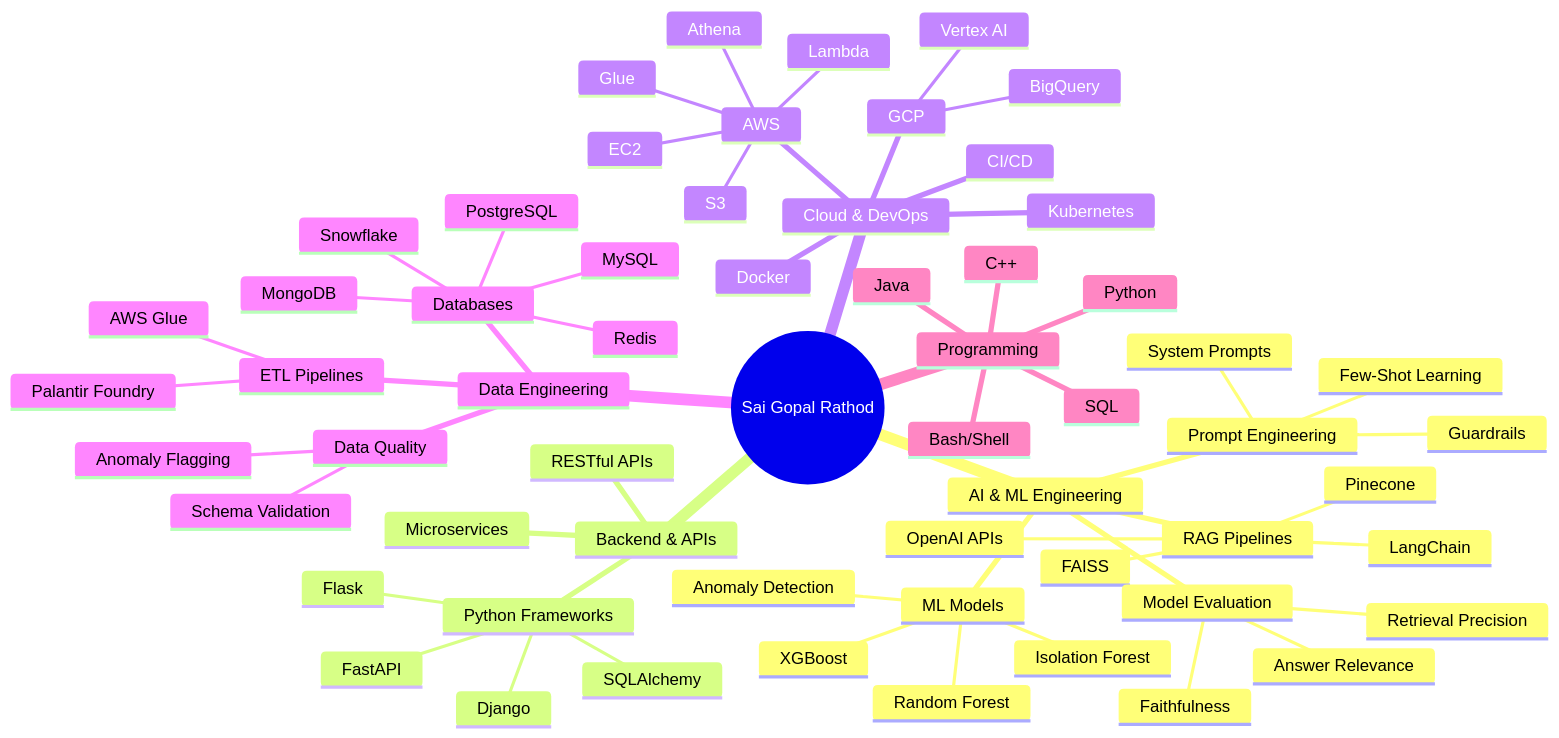
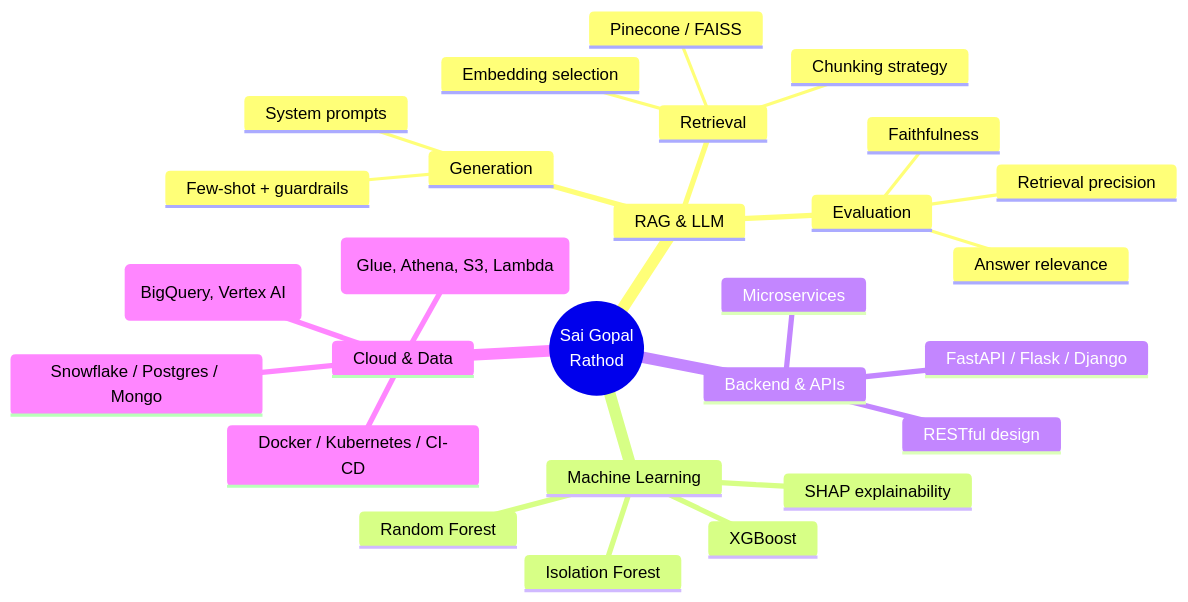
The first of 2 diagrams in README.md (saigopal-rathod/saigopal-rathod), drawn with Mermaid before and after one commit. The commit also changed other lines of this file and 1 other file, not shown here.

````diff
--- a/README.md
+++ b/README.md
@@ -197,63 +262,30 @@
 ```mermaid
 mindmap
-  root((Sai Gopal Rathod))
-    AI & ML Engineering
-      RAG Pipelines
-        OpenAI APIs
-        LangChain
-        Pinecone
-        FAISS
-      Prompt Engineering
-        System Prompts
-        Few-Shot Learning
-        Guardrails
-      Model Evaluation
+  root((Sai Gopal<br/>Rathod))
+    RAG & LLM
+      Retrieval
+        Chunking strategy
+        Embedding selection
+        Pinecone / FAISS
+      Generation
+        System prompts
+        Few-shot + guardrails
+      Evaluation
         Faithfulness
-        Answer Relevance
-        Retrieval Precision
-      ML Models
-        Isolation Forest
-        XGBoost
-        Random Forest
-        Anomaly Detection
+        Answer relevance
+        Retrieval precision
+    Machine Learning
+      Isolation Forest
+      XGBoost
+      Random Forest
+      SHAP explainability
     Backend & APIs
-      Python Frameworks
-        Flask
-        FastAPI
-        Django
-        SQLAlchemy
-      RESTful APIs
+      FastAPI / Flask / Django
+      RESTful design
       Microservices
-    Cloud & DevOps
-      AWS
-        EC2
-        S3
-        Lambda
-        Glue
-        Athena
-      GCP
-        BigQuery
-        Vertex AI
-      Docker
-      Kubernetes
-      CI/CD
-    Data Engineering
-      Databases
-        PostgreSQL
-        MySQL
-        MongoDB
-        Snowflake
-        Redis
-      ETL Pipelines
-        AWS Glue
-        Palantir Foundry
-      Data Quality
-        Schema Validation
-        Anomaly Flagging
-    Programming
-      Python
-      SQL
-      Bash/Shell
-      Java
-      C++
+    Cloud & Data
+      AWS (Glue, Athena, S3, Lambda)
+      GCP (BigQuery, Vertex AI)
+      Docker / Kubernetes / CI-CD
+      Snowflake / Postgres / Mongo
 ```
````
